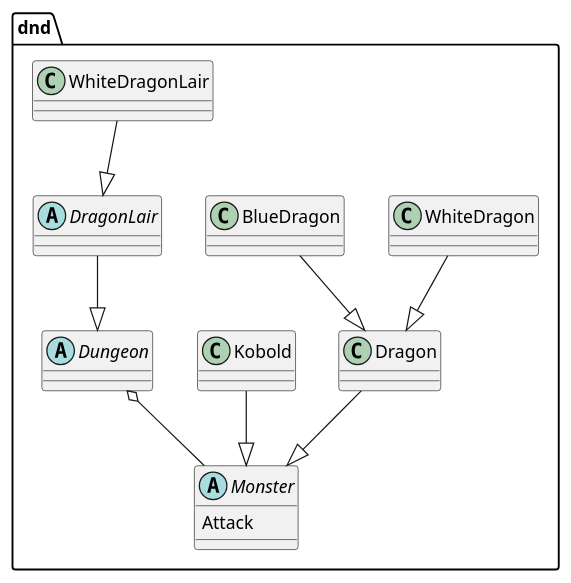
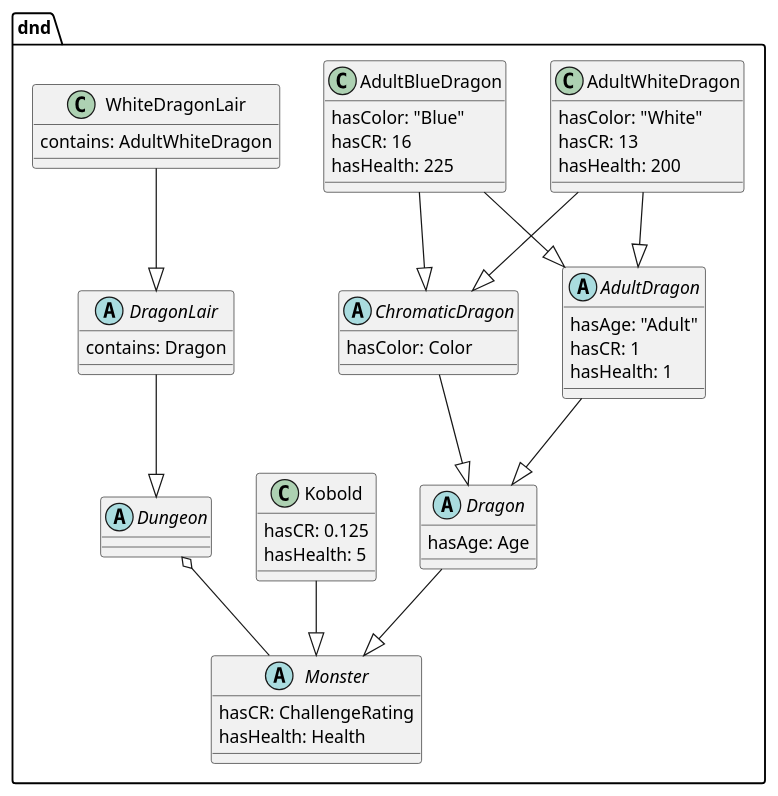
One commit to 0x65-e/oml-alexandria changed the diagram in scripts/diagrams/dungeons.plantuml. Above: the diagram before and after it, drawn with PlantUML. The commit also changed 16 other files, not shown here.

```diff
--- a/scripts/diagrams/dungeons.plantuml
+++ b/scripts/diagrams/dungeons.plantuml
@@ -1,21 +1,51 @@
 @startuml 
 package dnd { 
    abstract class Dungeon 
    abstract class Monster { 
-         Attack 
+         hasCR: ChallengeRating 
+         hasHealth: Health 
+      } 
+   abstract class Dragon { 
+         hasAge: Age 
+      } 
+   abstract class ChromaticDragon { 
+         hasColor: Color 
+      } 
+   abstract class AdultDragon { 
+         hasAge: "Adult" 
+         hasCR: 1 
+         hasHealth: 1 
+      } 
+   class AdultWhiteDragon { 
+         hasColor: "White" 
+         hasCR: 13 
+         hasHealth: 200 
+      } 
+   class AdultBlueDragon { 
+         hasColor: "Blue" 
+         hasCR: 16 
+         hasHealth: 225 
+      } 
+   class Kobold { 
+         hasCR: 0.125 
+         hasHealth: 5 
+      } 
+   abstract class DragonLair { 
+         contains: Dragon 
+      } 
+   class WhiteDragonLair { 
+         contains: AdultWhiteDragon 
       } 
    Dungeon o-- Monster 
-   class Dragon 
    Dragon --|> Monster 
-   class WhiteDragon 
-   WhiteDragon --|> Dragon 
-   class BlueDragon 
-   BlueDragon --|> Dragon 
-   class Kobold 
+   ChromaticDragon --|> Dragon 
+   AdultDragon --|> Dragon 
+   AdultWhiteDragon --|> AdultDragon 
+   AdultWhiteDragon --|> ChromaticDragon 
+   AdultBlueDragon --|> AdultDragon 
+   AdultBlueDragon --|> ChromaticDragon 
    Kobold --|> Monster 
-   abstract class DragonLair 
    DragonLair --|> Dungeon 
-   class WhiteDragonLair 
    WhiteDragonLair --|> DragonLair 
    } 
 @enduml 
```
